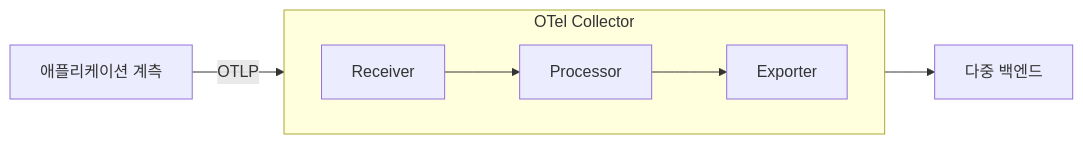
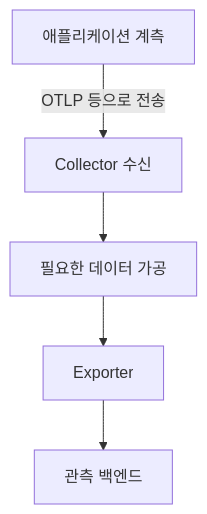
Before and after one commit to agnusdei1207/study: the first of 3 diagrams in src/content/docs/notes/itpe/02-software-engineering/096_opentelemetry.md, drawn with Mermaid. The commit also changed other lines of this file and 31 other files, not shown here.

````diff
--- a/src/content/docs/notes/itpe/02-software-engineering/096_opentelemetry.md
+++ b/src/content/docs/notes/itpe/02-software-engineering/096_opentelemetry.md
@@ -38,9 +56,7 @@
 ```mermaid
-flowchart LR
-    subgraph C["OTel Collector"]
-        direction LR
-        R["Receiver"] --> P["Processor"] --> E["Exporter"]
-    end
-    A["애플리케이션 계측"] -->|OTLP| R
-    E --> B["다중 백엔드"]
+flowchart TD
+    A["애플리케이션 계측"] -->|OTLP 등으로 전송| C["Collector 수신"]
+    C --> P["필요한 데이터 가공"]
+    P --> E["Exporter"]
+    E --> B["관측 백엔드"]
 ```
````
